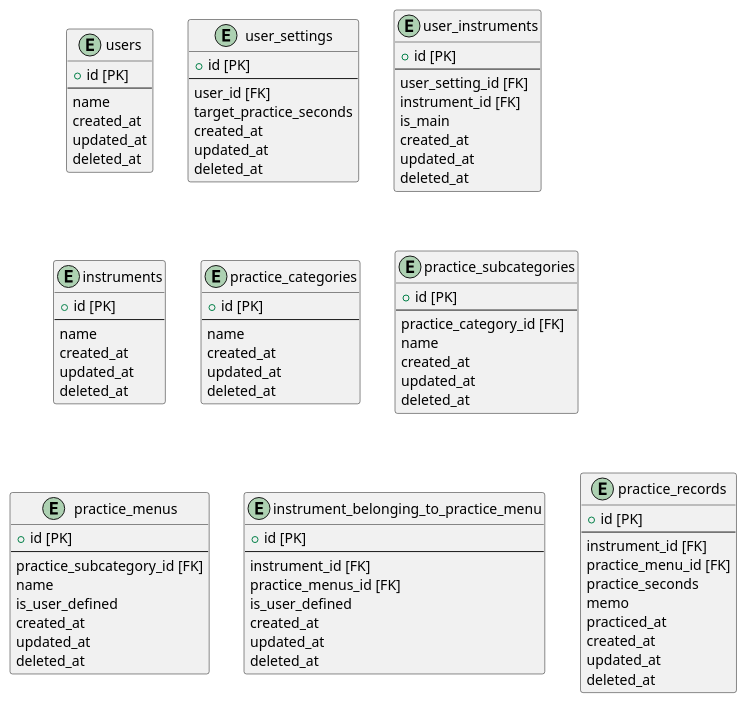
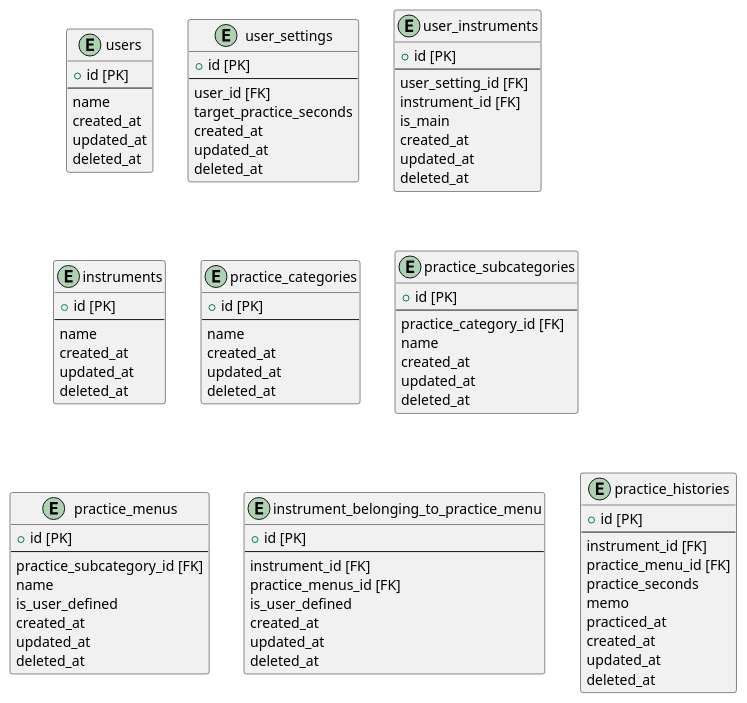
One commit to rentaroMinami/musical-instruments-practice changed the diagram in documents/tables.pu. Above: the diagram before and after it, drawn with PlantUML. The commit also changed 11 other files, not shown here.

```diff
--- a/documents/tables.pu
+++ b/documents/tables.pu
@@ -1,97 +1,97 @@
 @startuml tables
 entity users {
     + id [PK]
     --
     name
     created_at
     updated_at
     deleted_at
 }
 
 entity user_settings {
     + id [PK]
     --
     user_id [FK]
     target_practice_seconds
     created_at
     updated_at
     deleted_at
 }
 
 entity user_instruments {
     + id [PK]
     --
     user_setting_id [FK]
     instrument_id [FK]
     is_main
     created_at
     updated_at
     deleted_at
 }
 
 entity instruments {
     + id [PK]
     --
     name
     created_at
     updated_at
     deleted_at
 }
 
 entity practice_categories {
     + id [PK]
     --
     name
     created_at
     updated_at
     deleted_at
 }
 
 entity practice_subcategories {
     + id [PK]
     --
     practice_category_id [FK]
     name
     created_at
     updated_at
     deleted_at
 }
 
 entity practice_menus {
     + id [PK]
     --
     practice_subcategory_id [FK]
     name
     is_user_defined
     created_at
     updated_at
     deleted_at
 }
 
 entity instrument_belonging_to_practice_menu {
     + id [PK]
     --
     instrument_id [FK]
     practice_menus_id [FK]
     is_user_defined
     created_at
     updated_at
     deleted_at
 }
 
-entity practice_records {
+entity practice_histories {
     + id [PK]
     --
     instrument_id [FK]
     practice_menu_id [FK]
     practice_seconds
     memo
     practiced_at
     created_at
     updated_at
     deleted_at
 }
 
 
 
 @enduml
```
